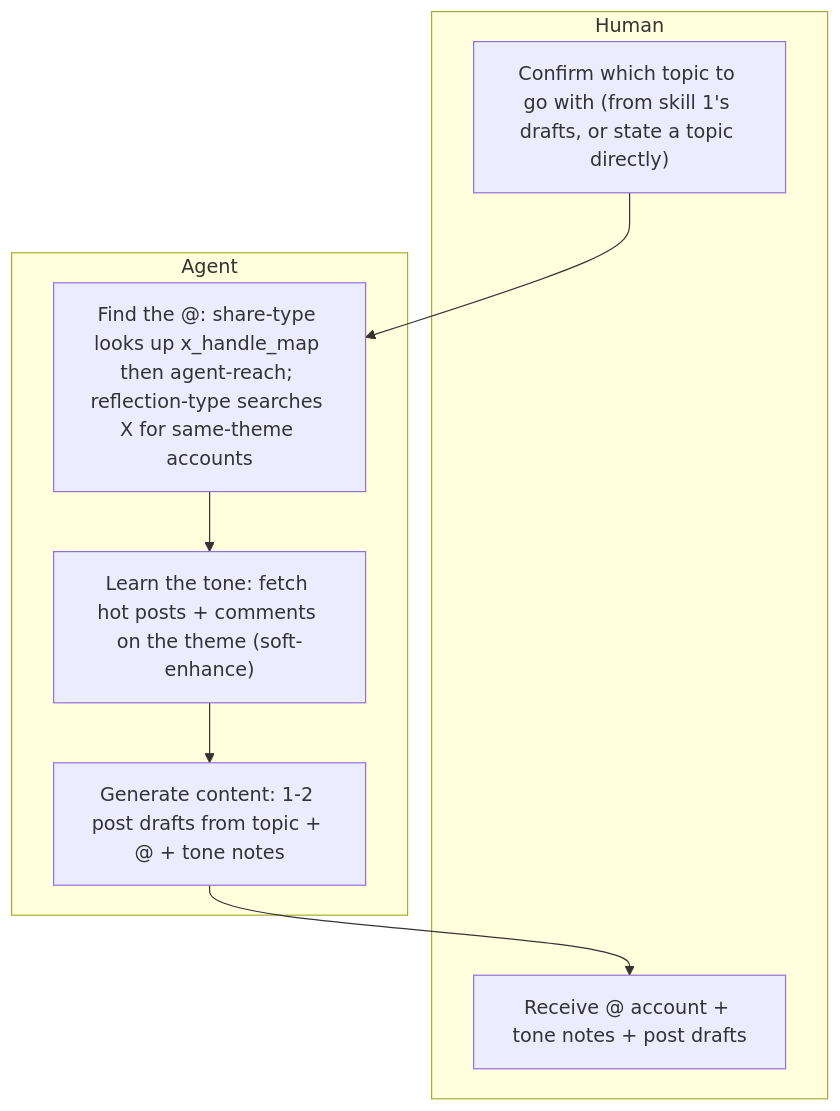
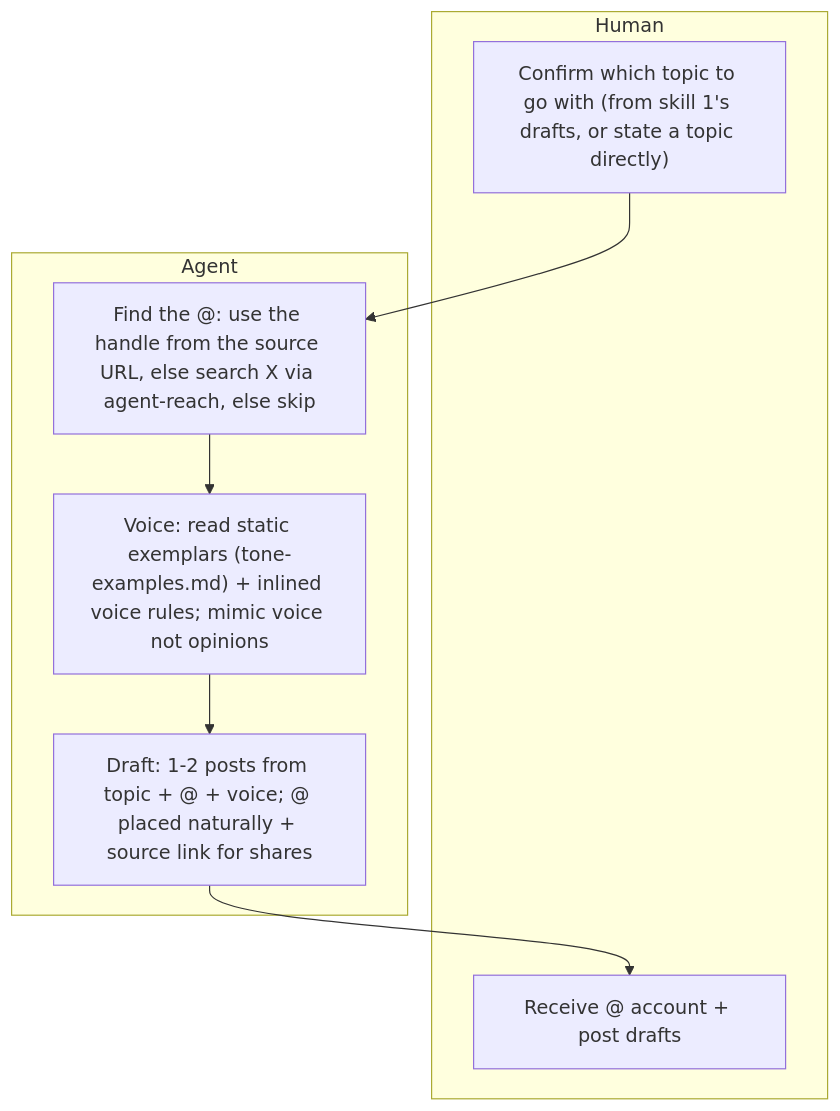
Before and after one commit to tigerless-labs/auto-gtm: the third of 4 diagrams in docs/design-harness/output/0-system.md, drawn with Mermaid. The commit also changed other lines of this file and 9 other files, not shown here.

````diff
--- a/docs/design-harness/output/0-system.md
+++ b/docs/design-harness/output/0-system.md
@@ -55,16 +55,16 @@
 ```mermaid
 flowchart TD
   subgraph Human
     C["Confirm which topic to go with (from skill 1's drafts, or state a topic directly)"]
-    RD["Receive @ account + tone notes + post drafts"]
+    RD["Receive @ account + post drafts"]
   end
   subgraph Agent
-    AF["Find the @: share-type looks up x_handle_map then agent-reach; reflection-type searches X for same-theme accounts"]
-    TL["Learn the tone: fetch hot posts + comments on the theme (soft-enhance)"]
-    CW["Generate content: 1-2 post drafts from topic + @ + tone notes"]
+    AF["Find the @: use the handle from the source URL, else search X via agent-reach, else skip"]
+    TL["Voice: read static exemplars (tone-examples.md) + inlined voice rules; mimic voice not opinions"]
+    CW["Draft: 1-2 posts from topic + @ + voice; @ placed naturally + source link for shares"]
   end
   C --> AF --> TL --> CW --> RD
   click AF "modules/at-finder.md"
   click TL "modules/tone-learner.md"
   click CW "modules/content-writer.md"
 ```
````
